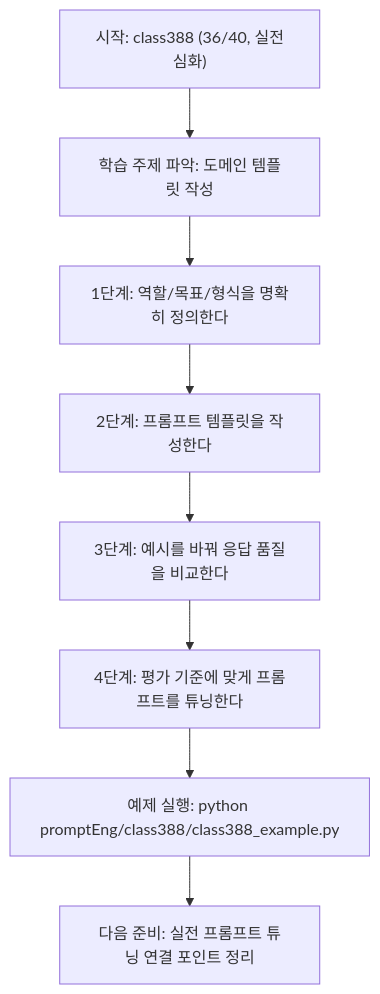
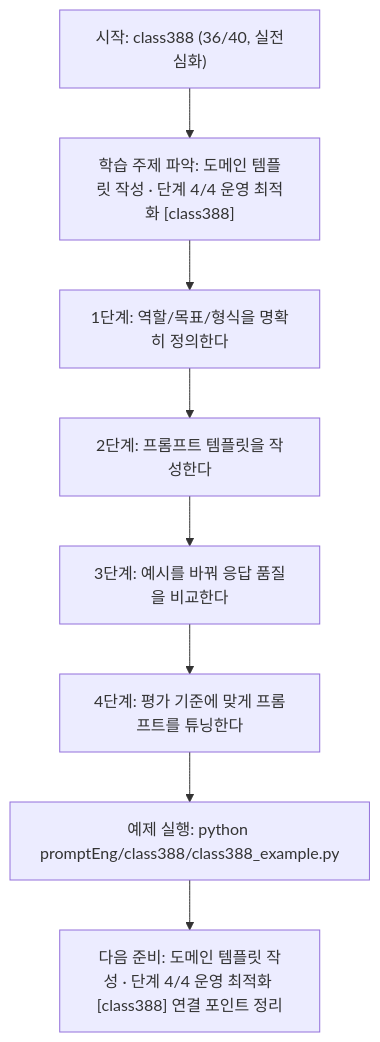
One commit to edumgt/Python-AI_Agent-Class changed the diagram in promptEng/class388/class388.md. Above: the diagram before and after it, drawn with Mermaid. The commit also changed other lines of this file and 522 other files, not shown here.

````diff
--- a/promptEng/class388/class388.md
+++ b/promptEng/class388/class388.md
@@ -109,18 +110,18 @@
 ```mermaid
 flowchart TD
 N1["시작: class388 (36/40, 실전심화)"]
-N2["학습 주제 파악: 도메인 템플릿 작성"]
+N2["학습 주제 파악: 도메인 템플릿 작성 · 단계 4/4 운영 최적화 [class388]"]
 N3["1단계: 역할/목표/형식을 명확히 정의한다"]
 N4["2단계: 프롬프트 템플릿을 작성한다"]
 N5["3단계: 예시를 바꿔 응답 품질을 비교한다"]
 N6["4단계: 평가 기준에 맞게 프롬프트를 튜닝한다"]
 N7["예제 실행: python promptEng/class388/class388_example.py"]
-N8["다음 준비: 실전 프롬프트 튜닝 연결 포인트 정리"]
+N8["다음 준비: 도메인 템플릿 작성 · 단계 4/4 운영 최적화 [class388] 연결 포인트 정리"]
 N1 --> N2
 N2 --> N3
 N3 --> N4
 N4 --> N5
 N5 --> N6
 N6 --> N7
 N7 --> N8
 ```
````
